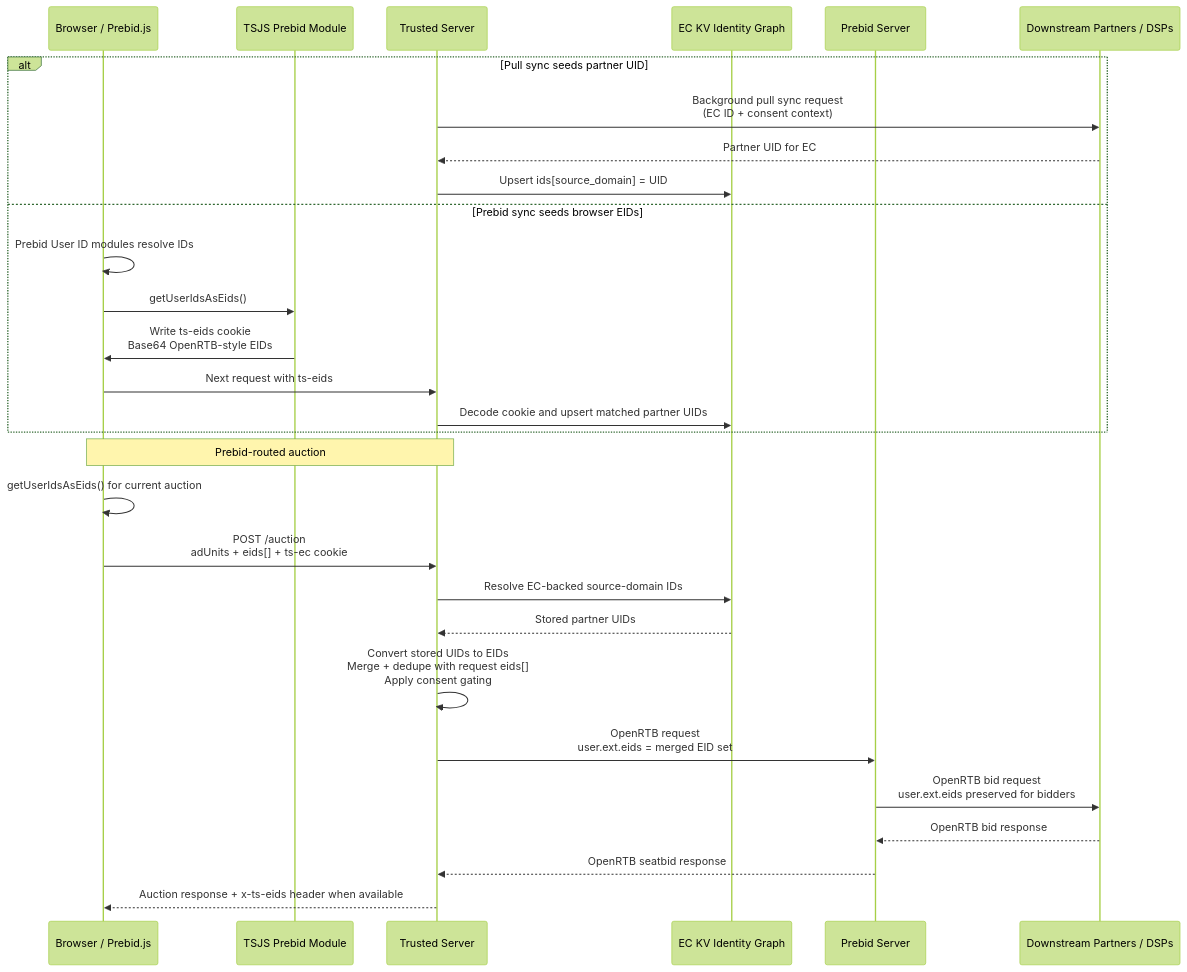
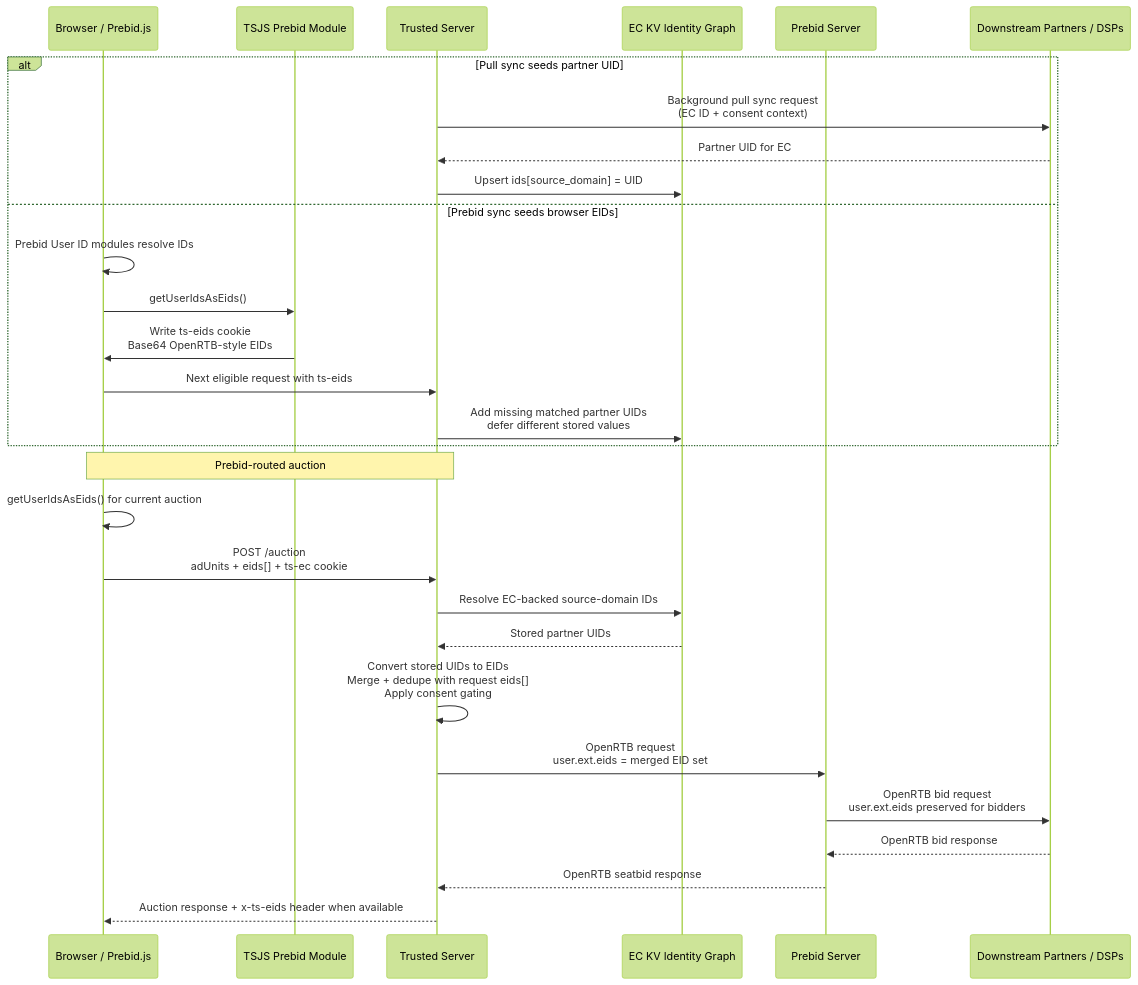
One commit to IABTechLab/trusted-server changed the sixth of 6 diagrams in docs/guide/edge-cookies.md. Above: the diagram before and after it, drawn with Mermaid (forest theme). The commit also changed other lines of this file and 8 other files, not shown here.

````diff
--- a/docs/guide/edge-cookies.md
+++ b/docs/guide/edge-cookies.md
@@ -182,33 +188,33 @@
 ```mermaid
 sequenceDiagram
     participant B as Browser / Prebid.js
     participant TSJS as TSJS Prebid Module
     participant TS as Trusted Server
     participant KV as EC KV Identity Graph
     participant PS as Prebid Server
     participant DSP as Downstream Partners / DSPs
 
     alt Pull sync seeds partner UID
         TS->>DSP: Background pull sync request<br/>(EC ID + consent context)
         DSP-->>TS: Partner UID for EC
         TS->>KV: Upsert ids[source_domain] = UID
     else Prebid sync seeds browser EIDs
         B->>B: Prebid User ID modules resolve IDs
         B->>TSJS: getUserIdsAsEids()
         TSJS->>B: Write ts-eids cookie<br/>Base64 OpenRTB-style EIDs
-        B->>TS: Next request with ts-eids
-        TS->>KV: Decode cookie and upsert matched partner UIDs
+        B->>TS: Next eligible request with ts-eids
+        TS->>KV: Add missing matched partner UIDs<br/>defer different stored values
     end
 
     Note over B,TS: Prebid-routed auction
     B->>B: getUserIdsAsEids() for current auction
     B->>TS: POST /auction<br/>adUnits + eids[] + ts-ec cookie
     TS->>KV: Resolve EC-backed source-domain IDs
     KV-->>TS: Stored partner UIDs
     TS->>TS: Convert stored UIDs to EIDs<br/>Merge + dedupe with request eids[]<br/>Apply consent gating
     TS->>PS: OpenRTB request<br/>user.ext.eids = merged EID set
     PS->>DSP: OpenRTB bid request<br/>user.ext.eids preserved for bidders
     DSP-->>PS: OpenRTB bid response
     PS-->>TS: OpenRTB seatbid response
     TS-->>B: Auction response + x-ts-eids header when available
 ```
````
